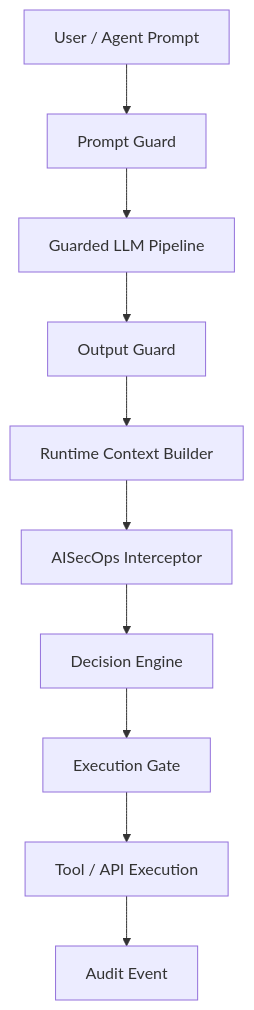
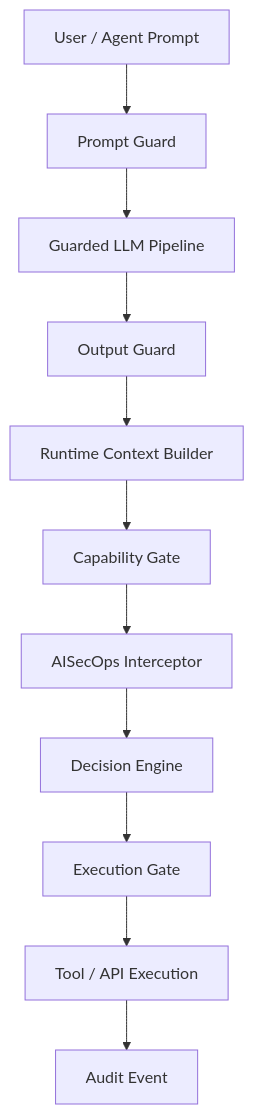
Before and after one commit to viplavfauzdar/aisecops-interceptor: the fourth of 6 diagrams in README.md, drawn with Mermaid. The commit also changed other lines of this file and 2 other files, not shown here.

````diff
--- a/README.md
+++ b/README.md
@@ -437,23 +439,25 @@
 ```mermaid
 flowchart TD
 
 A[User / Agent Prompt]
 
 A --> B[Prompt Guard]
 
 B --> C[Guarded LLM Pipeline]
 
 C --> D[Output Guard]
 
 D --> E[Runtime Context Builder]
 
-E --> F[AISecOps Interceptor]
+E --> F[Capability Gate]
 
-F --> G[Decision Engine]
+F --> G[AISecOps Interceptor]
 
-G --> H[Execution Gate]
+G --> H[Decision Engine]
 
-H --> I[Tool / API Execution]
+H --> I[Execution Gate]
 
-I --> J[Audit Event]
+I --> J[Tool / API Execution]
+
+J --> K[Audit Event]
 ```
````
